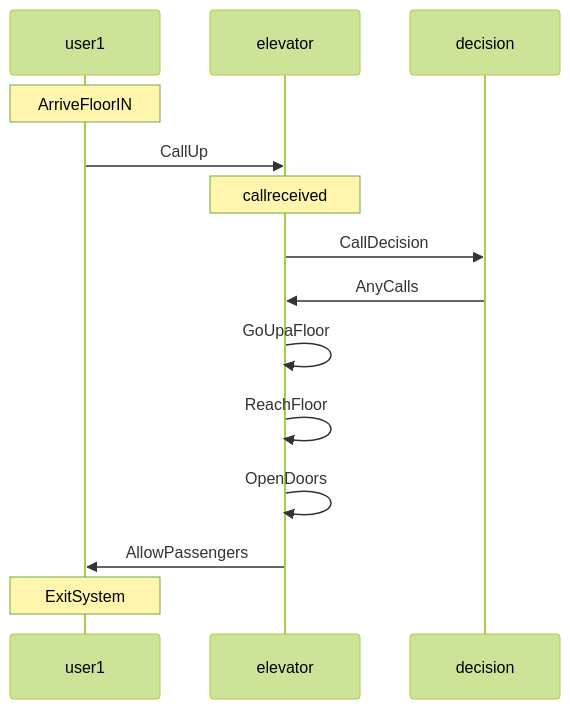
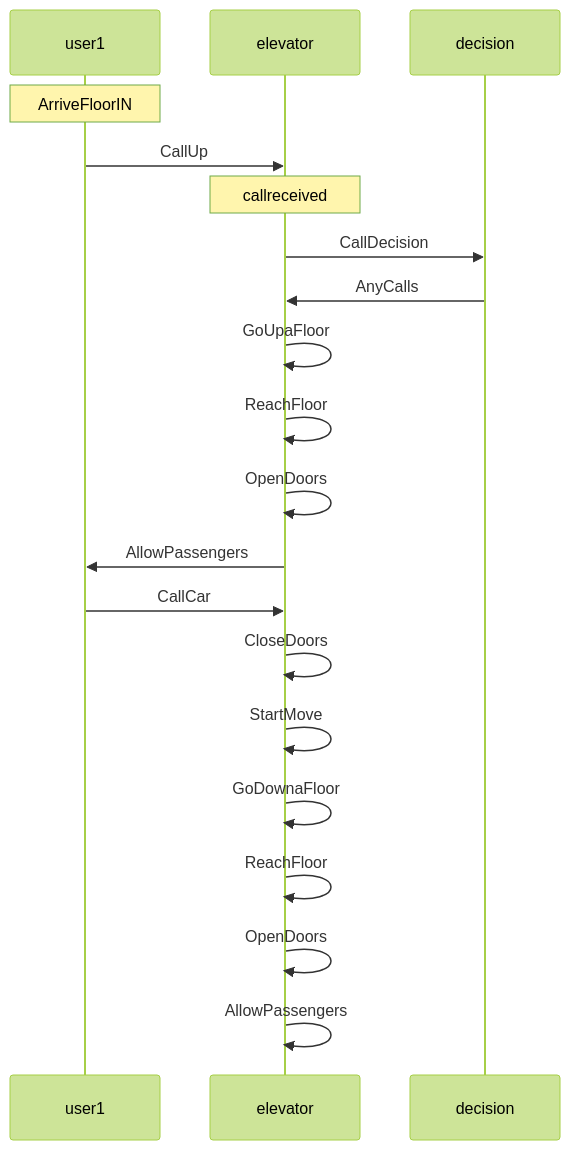
Before and after one commit to SmartDeltaFraunhoferFOKUS/Architecture_Visualization_Tool: the diagram in Data_analysis_tool/results/mermaid_sequence.mmd, drawn with Mermaid (forest theme). The commit also changed 15 other files, not shown here.

Commit message:
- Removed the state change heatmap in file-level view - Added logged state diagram in place of sequence diagram

```diff
--- a/Data_analysis_tool/results/mermaid_sequence.mmd
+++ b/Data_analysis_tool/results/mermaid_sequence.mmd
@@ -1,11 +1,17 @@
 sequenceDiagram 
 note over user1:ArriveFloorIN
 user1->>elevator:CallUp
 note over elevator:callreceived
 elevator->>decision:CallDecision
 decision->>elevator:AnyCalls
 elevator->>elevator:GoUpaFloor
 elevator->>elevator:ReachFloor
 elevator->>elevator:OpenDoors
 elevator->>user1:AllowPassengers
-note over user1:ExitSystem
+user1->>elevator:CallCar
+elevator->>elevator:CloseDoors
+elevator->>elevator:StartMove
+elevator->>elevator:GoDownaFloor
+elevator->>elevator:ReachFloor
+elevator->>elevator:OpenDoors
+elevator->>elevator:AllowPassengers
```
